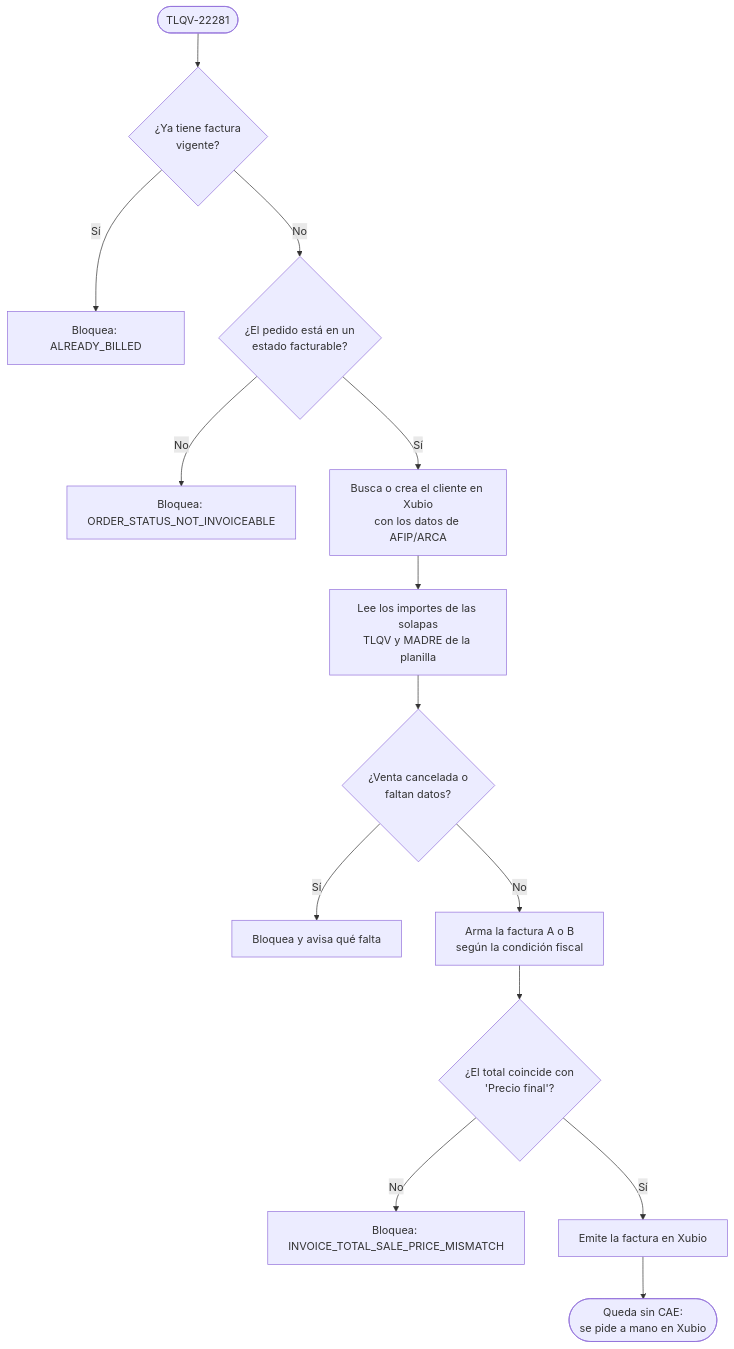
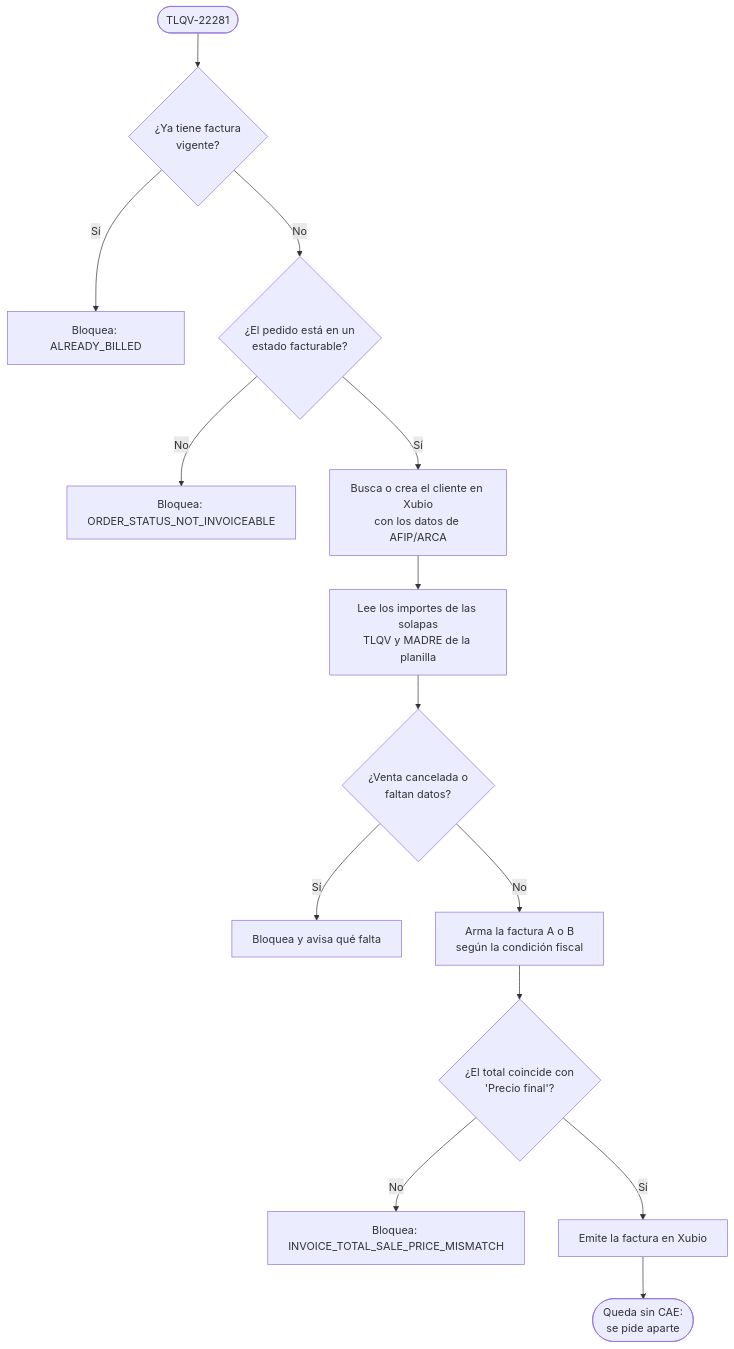
One commit to Tienda-Lo-Quiero-Aca/invoice.api changed the diagram in README.md. Above: the diagram before and after it, drawn with Mermaid. The commit also changed other lines of this file and 40 other files, not shown here.

````diff
--- a/README.md
+++ b/README.md
@@ -19,16 +22,16 @@
 ```mermaid
 flowchart TD
     A([TLQV-22281]) --> B{¿Ya tiene factura<br/>vigente?}
     B -- Sí --> X1[Bloquea: ALREADY_BILLED]
     B -- No --> C{¿El pedido está en un<br/>estado facturable?}
     C -- No --> X2[Bloquea: ORDER_STATUS_NOT_INVOICEABLE]
     C -- Sí --> D[Busca o crea el cliente en Xubio<br/>con los datos de AFIP/ARCA]
     D --> E[Lee los importes de las solapas<br/>TLQV y MADRE de la planilla]
     E --> F{¿Venta cancelada o<br/>faltan datos?}
     F -- Sí --> X3[Bloquea y avisa qué falta]
     F -- No --> G[Arma la factura A o B<br/>según la condición fiscal]
     G --> H{¿El total coincide con<br/>'Precio final'?}
     H -- No --> X4[Bloquea: INVOICE_TOTAL_SALE_PRICE_MISMATCH]
     H -- Sí --> I[Emite la factura en Xubio]
-    I --> J([Queda sin CAE:<br/>se pide a mano en Xubio])
+    I --> J([Queda sin CAE:<br/>se pide aparte])
 ```
````
